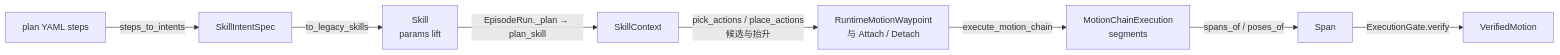
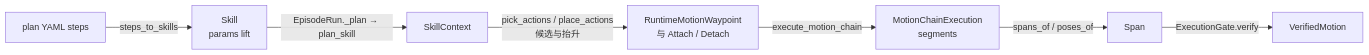
One commit to ZJLi2013/RoboSmith changed the third of 6 diagrams in docs/call-chain.md. Above: the diagram before and after it, drawn with Mermaid. The commit also changed other lines of this file and 3 other files, not shown here.

Commit message:
docs: the call chain and changelog show plan steps parsed straight to Skill

````diff
--- a/docs/call-chain.md
+++ b/docs/call-chain.md
@@ -170,10 +170,9 @@
 ```mermaid
 flowchart LR
-    Y["plan YAML steps"] -->|steps_to_intents| I["SkillIntentSpec"]
-    I -->|to_legacy_skills| S["Skill<br/>params lift"]
+    Y["plan YAML steps"] -->|steps_to_skills| S["Skill<br/>params lift"]
     S -->|EpisodeRun._plan → plan_skill| C["SkillContext"]
     C -->|pick_actions / place_actions<br/>候选与抬升| A["RuntimeMotionWaypoint<br/>与 Attach / Detach"]
     A -->|execute_motion_chain| M["MotionChainExecution<br/>segments"]
     M -->|spans_of / poses_of| P["Span"]
     P -->|ExecutionGate.verify| V["VerifiedMotion"]
 ```
````
